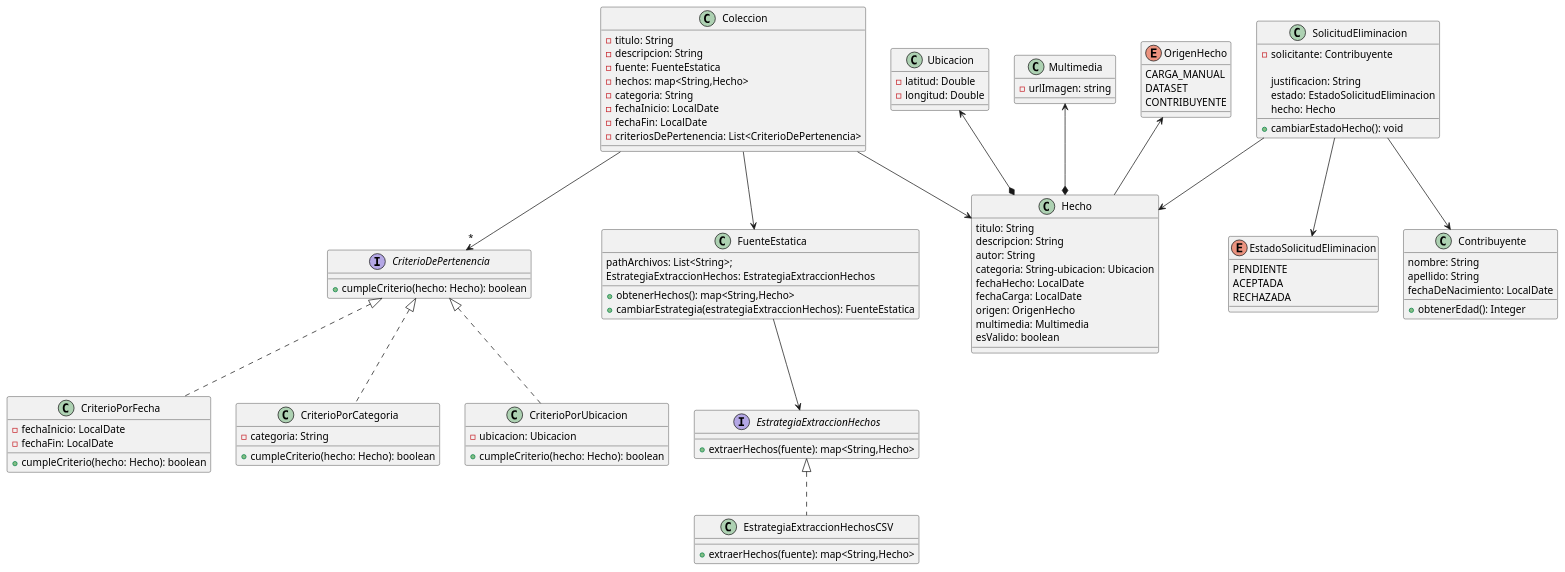
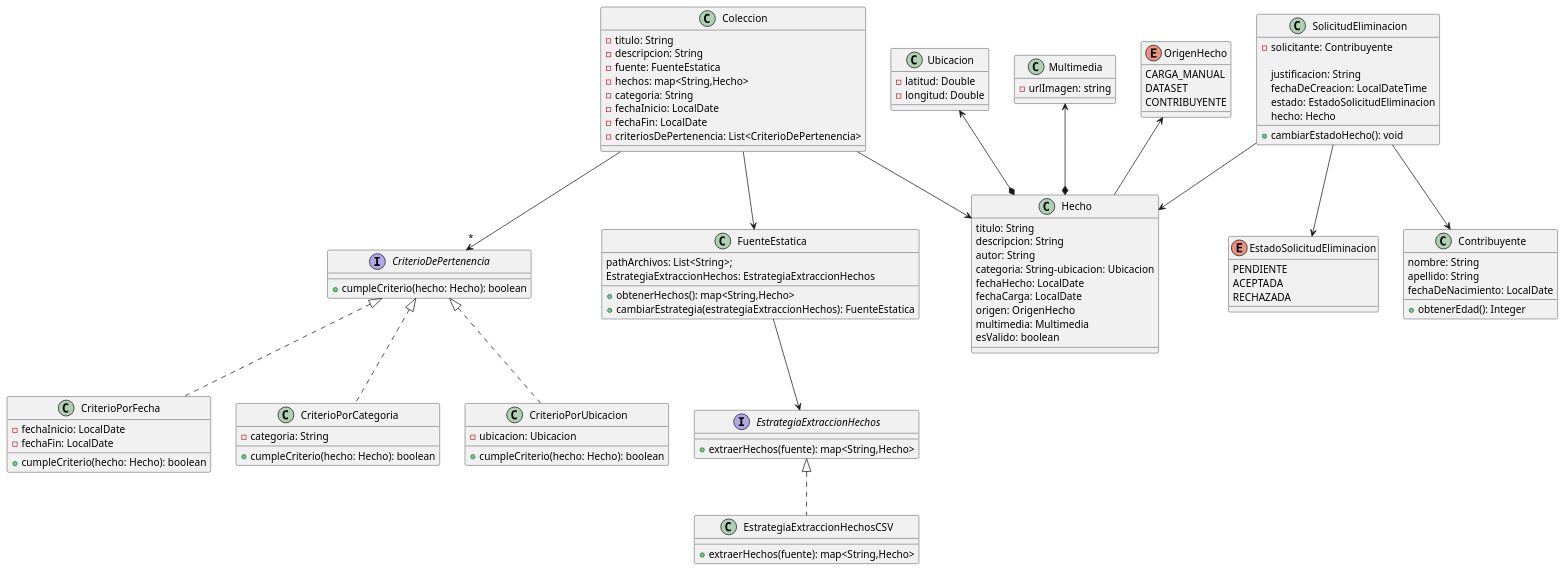
One commit to OslothLAS/ProyectoDeploy changed the diagram in src/main/DiagramaDeClases.puml. Above: the diagram before and after it, drawn with PlantUML. The commit also changed 3 other files, not shown here.

```diff
--- a/src/main/DiagramaDeClases.puml
+++ b/src/main/DiagramaDeClases.puml
@@ -1,131 +1,132 @@
 @startuml
 class Coleccion {
 
 -titulo: String
 -descripcion: String
 -fuente: FuenteEstatica
 -hechos: map<String,Hecho>
 -categoria: String
 -fechaInicio: LocalDate
 -fechaFin: LocalDate
 -criteriosDePertenencia: List<CriterioDePertenencia>
 
 }
 
 interface CriterioDePertenencia {
 + cumpleCriterio(hecho: Hecho): boolean
 }
 
 class CriterioPorFecha implements CriterioDePertenencia {
     -fechaInicio: LocalDate
     -fechaFin: LocalDate
     +cumpleCriterio(hecho: Hecho): boolean
 }
 
 class CriterioPorCategoria implements CriterioDePertenencia {
     -categoria: String
     +cumpleCriterio(hecho: Hecho): boolean
 }
 
 class CriterioPorUbicacion implements CriterioDePertenencia {
     -ubicacion: Ubicacion
     +cumpleCriterio(hecho: Hecho): boolean
 }
 
 
 
 
  class Ubicacion {
    -latitud: Double
    -longitud: Double
  }
 
   class SolicitudEliminacion{
     -solicitante: Contribuyente
 
 justificacion: String
+fechaDeCreacion: LocalDateTime
 estado: EstadoSolicitudEliminacion
 hecho: Hecho
 + cambiarEstadoHecho(): void
 }
 
 
 
    enum EstadoSolicitudEliminacion {
        PENDIENTE
        ACEPTADA
        RECHAZADA
      }
 
  class Hecho {
 
 titulo: String
 descripcion: String
 autor: String
 categoria: String-ubicacion: Ubicacion
 fechaHecho: LocalDate
 fechaCarga: LocalDate
 origen: OrigenHecho
 multimedia: Multimedia
 esValido: boolean
 
 
     }
 
   class Multimedia{
     -urlImagen: string
   }
 
 
 
   enum OrigenHecho {
     CARGA_MANUAL
     DATASET
     CONTRIBUYENTE
   }
 
 
   class FuenteEstatica{
 
 pathArchivos: List<String>;
     EstrategiaExtraccionHechos: EstrategiaExtraccionHechos
     +obtenerHechos(): map<String,Hecho>
     +cambiarEstrategia(estrategiaExtraccionHechos): FuenteEstatica
 }
 
   interface EstrategiaExtraccionHechos{
     + extraerHechos(fuente): map<String,Hecho>
   }
 
     class EstrategiaExtraccionHechosCSV implements EstrategiaExtraccionHechos{
         + extraerHechos(fuente): map<String,Hecho>
     }
 
 
 
 class Contribuyente{
 
 nombre: String
 apellido: String
 fechaDeNacimiento: LocalDate
 
 +obtenerEdad(): Integer
 }
 
 
 
 
 
 
   Coleccion --> FuenteEstatica
   Coleccion --> Hecho
   OrigenHecho <-- Hecho
   Ubicacion <--* Hecho
   SolicitudEliminacion --> Hecho
   SolicitudEliminacion --> Contribuyente
    FuenteEstatica --> EstrategiaExtraccionHechos
   SolicitudEliminacion --> EstadoSolicitudEliminacion
   Coleccion -->"*" CriterioDePertenencia
 
   Multimedia <--* Hecho
 @enduml
```
